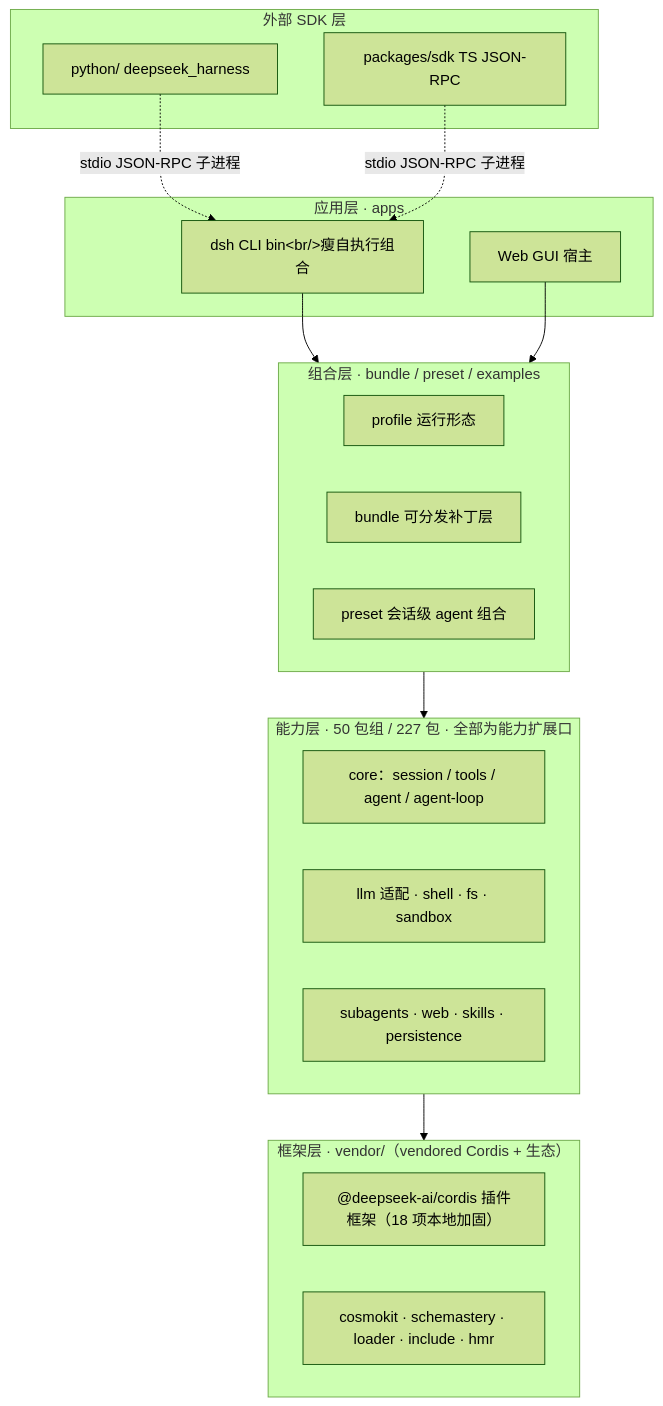
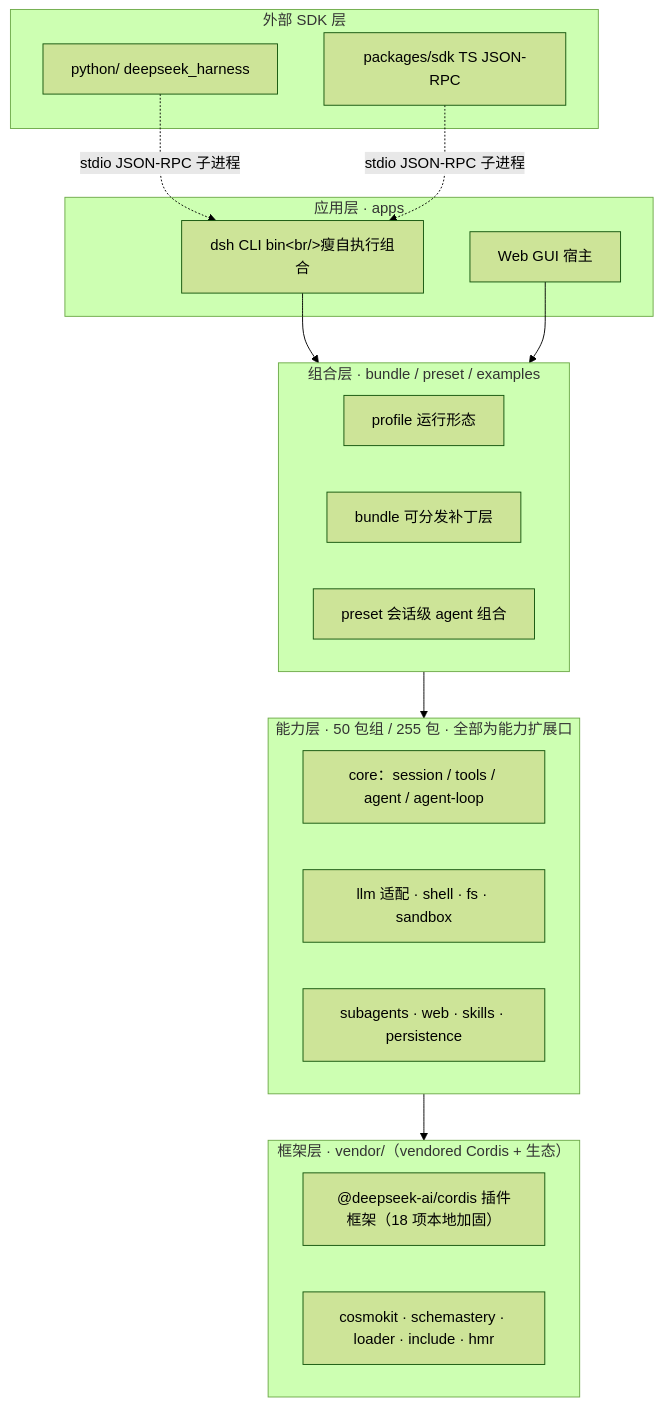
Before and after one commit to ZZKeepCurious/mini-deepseek-harness-python: the diagram in docs/report/01-overview.md, drawn with Mermaid (forest theme). The commit also changed other lines of this file and 16 other files, not shown here.

````diff
--- a/docs/report/01-overview.md
+++ b/docs/report/01-overview.md
@@ -45,31 +45,31 @@
 ```mermaid
 flowchart TD
   subgraph L1["应用层 · apps"]
     A1["dsh CLI bin&lt;br/&gt;瘦自执行组合"]
     A2["Web GUI 宿主"]
   end
   subgraph L2["组合层 · bundle / preset / examples"]
     B1["profile 运行形态"]
     B2["bundle 可分发补丁层"]
     B3["preset 会话级 agent 组合"]
   end
-  subgraph L3["能力层 · 50 包组 / 227 包 · 全部为能力扩展口"]
+  subgraph L3["能力层 · 50 包组 / 255 包 · 全部为能力扩展口"]
     C1["core：session / tools / agent / agent-loop"]
     C2["llm 适配 · shell · fs · sandbox"]
     C3["subagents · web · skills · persistence"]
   end
   subgraph L4["框架层 · vendor/（vendored Cordis + 生态）"]
     D1["@deepseek-ai/cordis 插件框架（18 项本地加固）"]
     D2["cosmokit · schemastery · loader · include · hmr"]
   end
   subgraph L5["外部 SDK 层"]
     E1["python/ deepseek_harness"]
     E2["packages/sdk TS JSON-RPC"]
   end
   A1 --> L2
   A2 --> L2
   L2 --> L3
   L3 --> L4
   E1 -.stdio JSON-RPC 子进程.-> A1
   E2 -.stdio JSON-RPC 子进程.-> A1
 ```
````
